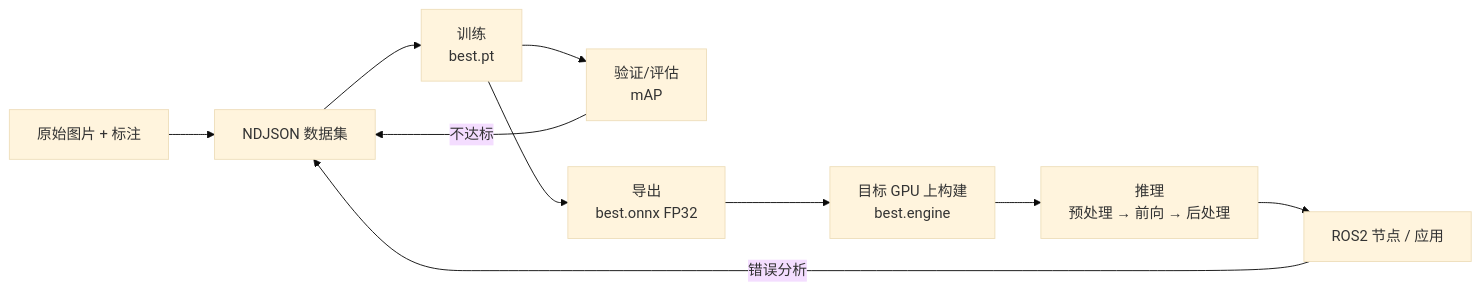
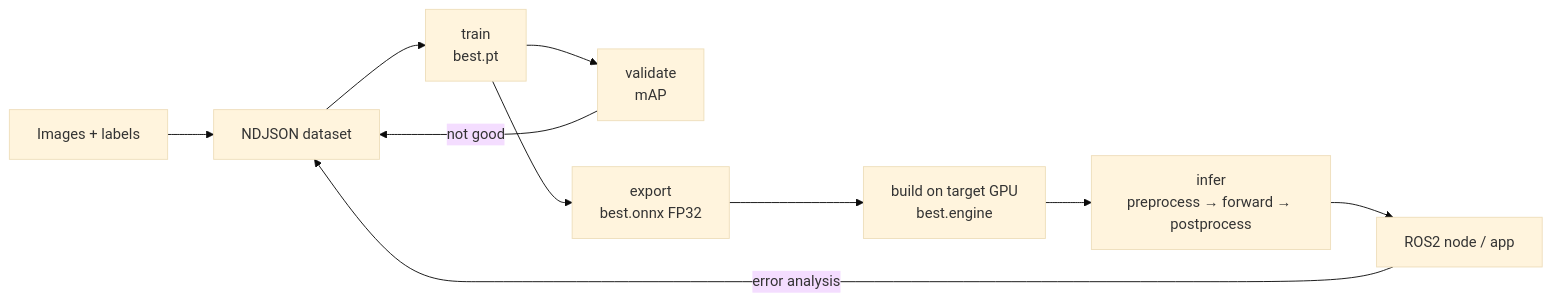
One commit to Korotomx/STD changed the diagram in Artificial_Intelligence/DeepLearningRM/学习笔记/功能实现/N023 模型全流程总览 从数据到Orin部署.md. Above: the diagram before and after it, drawn with Mermaid (base theme). The commit also changed other lines of this file and 173 other files, not shown here.

````diff
--- a/Artificial_Intelligence/DeepLearningRM/学习笔记/功能实现/N023 模型全流程总览 从数据到Orin部署.md
+++ b/Artificial_Intelligence/DeepLearningRM/学习笔记/功能实现/N023 模型全流程总览 从数据到Orin部署.md
@@ -47,12 +3,12 @@
 ```mermaid
 flowchart LR
-    A[原始图片 + 标注] --> B[NDJSON 数据集]
-    B --> C[训练<br/>best.pt]
-    C --> D[验证/评估<br/>mAP]
-    D -->|不达标| B
-    C --> E[导出<br/>best.onnx FP32]
-    E --> F[目标 GPU 上构建<br/>best.engine]
-    F --> G[推理<br/>预处理 → 前向 → 后处理]
-    G --> H[ROS2 节点 / 应用]
-    H -->|错误分析| B
+    A["Images + labels"] --> B["NDJSON dataset"]
+    B --> C["train<br/>best.pt"]
+    C --> D["validate<br/>mAP"]
+    D -->|not good| B
+    C --> E["export<br/>best.onnx FP32"]
+    E --> F["build on target GPU<br/>best.engine"]
+    F --> G["infer<br/>preprocess → forward → postprocess"]
+    G --> H["ROS2 node / app"]
+    H -->|error analysis| B
 ```
````
